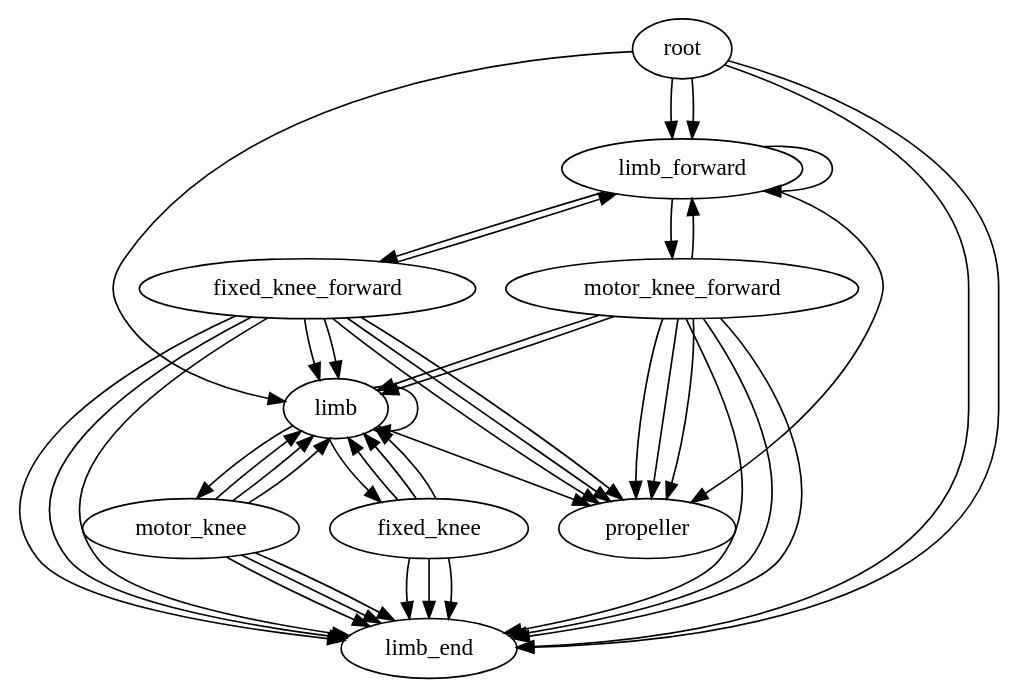
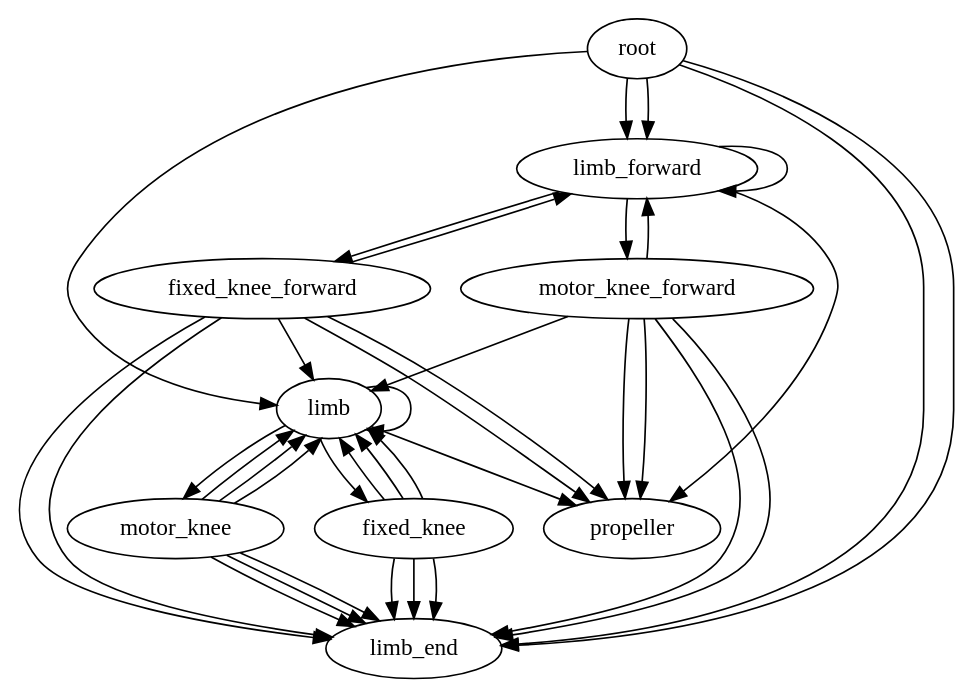
The diagram in data/designs/graph_23oct.dot (CrishNate/DroneHullAssembly), drawn with Graphviz before and after one commit. The commit also changed 8 other files, not shown here.

Commit message:
change pattern representation to best fit graph-grammar

```diff
--- a/data/designs/graph_23oct.dot
+++ b/data/designs/graph_23oct.dot
@@ -1,54 +1,48 @@
 digraph drone_graph {
                 root[socket = 4];
                 limb[socket = 2];
                 limb_forward[socket = 2];
                 limb_end[socket = 1];
                 fixed_knee[socket = 4];
                 fixed_knee_forward[socket = 4];
                 motor_knee[socket = 4];
                 motor_knee_forward[socket = 4];
                 propeller[socket = 1];
                 root->limb_forward[socket = 0];
                 root->limb_forward[socket = 1];
                 root->limb[socket = 2, socket_mirror = 3, mirror = 1];
                 root->limb_end[socket = 0];
                 root->limb_end[socket = 1];
                 limb->fixed_knee[socket = 1];
                 limb->motor_knee[socket = 1];
                 limb->limb[socket = 1];
                 limb->propeller[socket = 1];
                 limb_forward->fixed_knee_forward[socket = 1];
                 limb_forward->motor_knee_forward[socket = 1];
                 limb_forward->limb_forward[socket = 1];
                 limb_forward->propeller[socket = 1];
                 fixed_knee->limb[socket = 1];
                 fixed_knee->limb[socket = 2, socket_mirror = 3];
                 fixed_knee->limb[socket = 3, socket_mirror = 2];
                 fixed_knee->limb_end[socket = 1];
                 fixed_knee->limb_end[socket = 2, socket_mirror = 3];
                 fixed_knee->limb_end[socket = 3, socket_mirror = 2];
                 motor_knee->limb[socket = 1];
                 motor_knee->limb[socket = 2, socket_mirror = 3];
                 motor_knee->limb[socket = 3, socket_mirror = 2];
                 motor_knee->limb_end[socket = 1];
                 motor_knee->limb_end[socket = 2, socket_mirror = 3];
                 motor_knee->limb_end[socket = 3, socket_mirror = 2];
                 fixed_knee_forward->limb_forward[socket = 1];
                 fixed_knee_forward->limb[socket = 2, socket_mirror = 3, mirror = 1];
-                fixed_knee_forward->limb[socket = 3, socket_mirror = 2, mirror = 1];
                 fixed_knee_forward->propeller[socket = 1];
                 fixed_knee_forward->propeller[socket = 2, socket_mirror = 3, mirror = 1];
-                fixed_knee_forward->propeller[socket = 3, socket_mirror = 2, mirror = 1];
                 fixed_knee_forward->limb_end[socket = 1];
                 fixed_knee_forward->limb_end[socket = 2, socket_mirror = 3, mirror = 1];
-                fixed_knee_forward->limb_end[socket = 3, socket_mirror = 2, mirror = 1];
                 motor_knee_forward->limb_forward[socket = 1];
                 motor_knee_forward->limb[socket = 2, socket_mirror = 3, mirror = 1];
-                motor_knee_forward->limb[socket = 3, socket_mirror = 2, mirror = 1];
                 motor_knee_forward->propeller[socket = 1];
                 motor_knee_forward->propeller[socket = 2, socket_mirror = 3, mirror = 1];
-                motor_knee_forward->propeller[socket = 3, socket_mirror = 2, mirror = 1];
                 motor_knee_forward->limb_end[socket = 1];
                 motor_knee_forward->limb_end[socket = 2, socket_mirror = 3, mirror = 1];
-                motor_knee_forward->limb_end[socket = 3, socket_mirror = 2, mirror = 1];
             }
```
